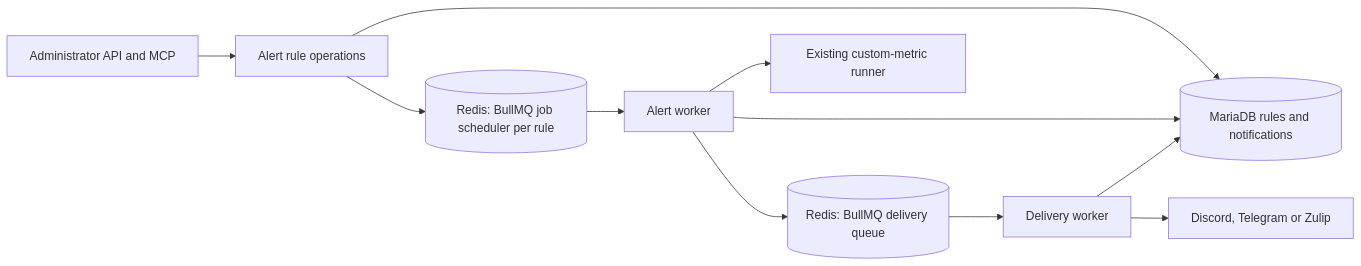
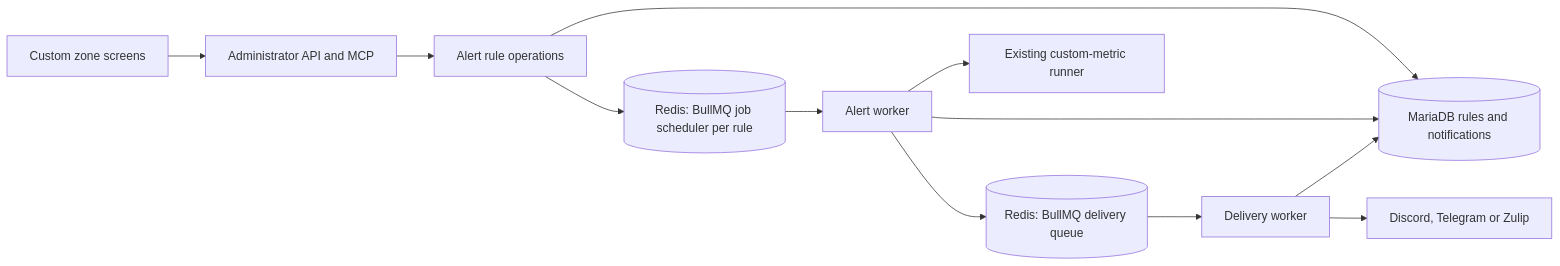
One commit to constructorfabric/insight changed the first of 2 diagrams in docs/domain/insight-v3/specs/alerts/DESIGN.md. Above: the diagram before and after it, drawn with Mermaid. The commit also changed other lines of this file and 1 other file, not shown here.

First line of the commit message:
docs(insight-v3): bring the alert screens into the PRD and design

````diff
--- a/docs/domain/insight-v3/specs/alerts/DESIGN.md
+++ b/docs/domain/insight-v3/specs/alerts/DESIGN.md
@@ -84,13 +84,14 @@
 ```mermaid
 flowchart LR
-    API[Administrator API and MCP] --> Rules[Alert rule operations]
+    Portal[Custom zone screens] --> API[Administrator API and MCP]
+    API --> Rules[Alert rule operations]
     Rules --> Store[(MariaDB rules and notifications)]
     Rules --> Schedule[(Redis: BullMQ job scheduler per rule)]
     Schedule --> Worker[Alert worker]
     Worker --> Metric[Existing custom-metric runner]
     Worker --> Store
     Worker --> Deliveries[(Redis: BullMQ delivery queue)]
     Deliveries --> Sender[Delivery worker]
     Sender --> Store
     Sender --> Provider[Discord, Telegram or Zulip]
 ```
````
